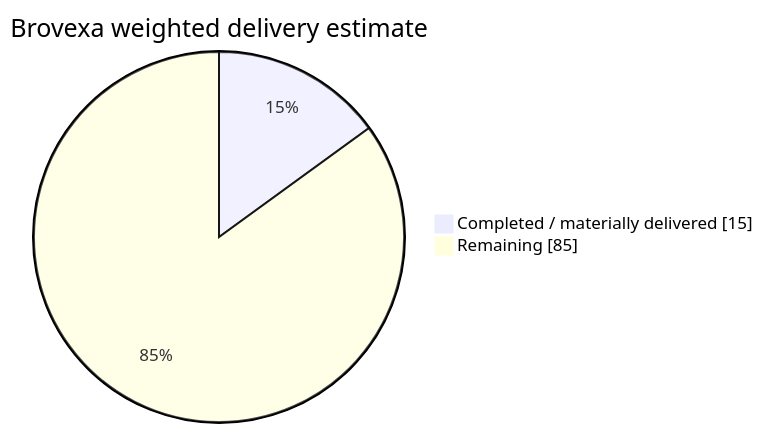
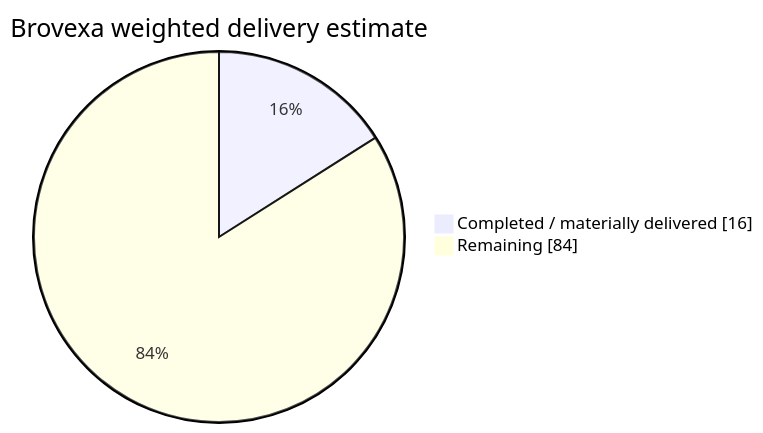
The diagram in README.md (Vertex-Systems-Network/brovexa), drawn with Mermaid before and after one commit. The commit also changed other lines of this file, not shown here.

````diff
--- a/README.md
+++ b/README.md
@@ -17,6 +17,6 @@
 ```mermaid
 pie showData
     title Brovexa weighted delivery estimate
-    "Completed / materially delivered" : 15
-    "Remaining" : 85
+    "Completed / materially delivered" : 16
+    "Remaining" : 84
 ```
````
